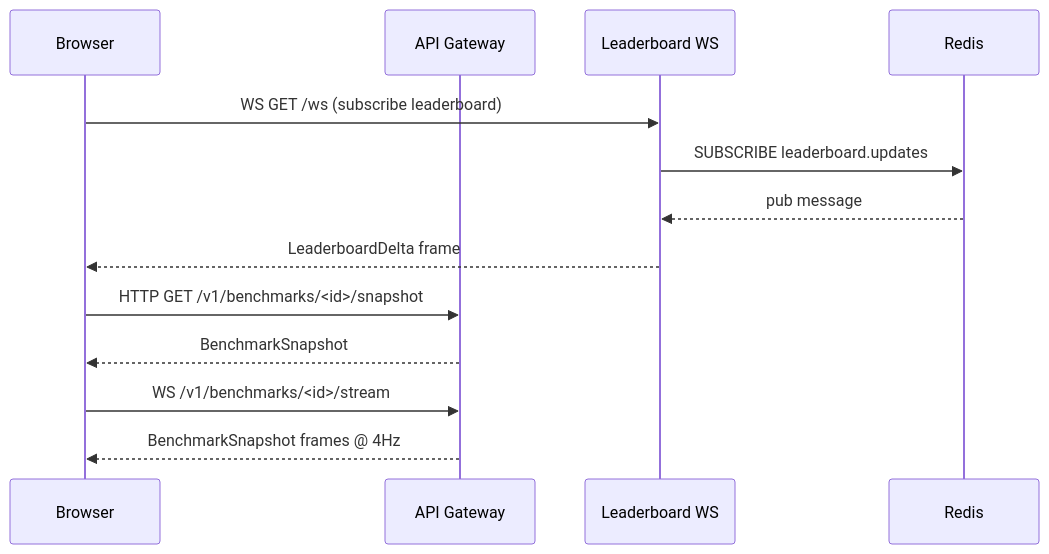
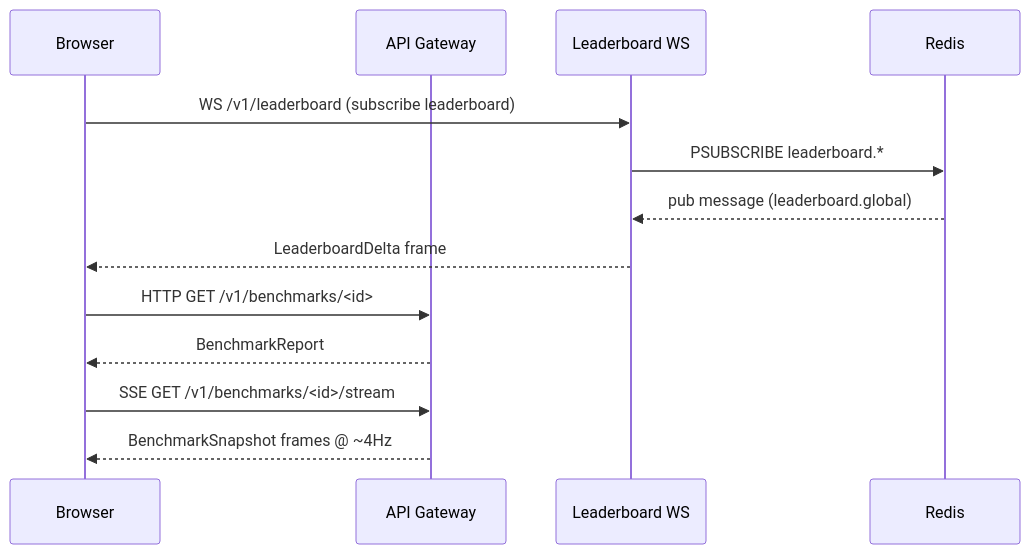
One commit to narendraxgupta/Velocity changed the fourth of 5 diagrams in docs/architecture.md. Above: the diagram before and after it, drawn with Mermaid. The commit also changed other lines of this file and 21 other files, not shown here.

````diff
--- a/docs/architecture.md
+++ b/docs/architecture.md
@@ -174,16 +182,16 @@
 ```mermaid
 sequenceDiagram
     participant B as Browser
     participant A as API Gateway
     participant L as Leaderboard WS
     participant R as Redis
 
-    B->>L: WS GET /ws (subscribe leaderboard)
-    L->>R: SUBSCRIBE leaderboard.updates
-    R-->>L: pub message
+    B->>L: WS /v1/leaderboard (subscribe leaderboard)
+    L->>R: PSUBSCRIBE leaderboard.*
+    R-->>L: pub message (leaderboard.global)
     L-->>B: LeaderboardDelta frame
-    B->>A: HTTP GET /v1/benchmarks/<id>/snapshot
-    A-->>B: BenchmarkSnapshot
-    B->>A: WS /v1/benchmarks/<id>/stream
-    A-->>B: BenchmarkSnapshot frames @ 4Hz
+    B->>A: HTTP GET /v1/benchmarks/<id>
+    A-->>B: BenchmarkReport
+    B->>A: SSE GET /v1/benchmarks/<id>/stream
+    A-->>B: BenchmarkSnapshot frames @ ~4Hz
 ```
````
